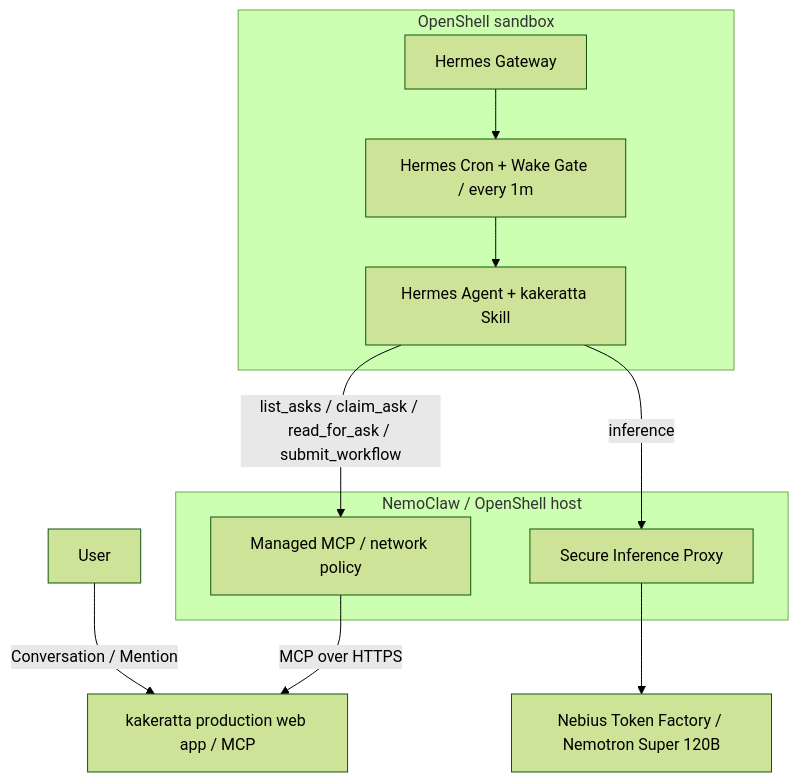
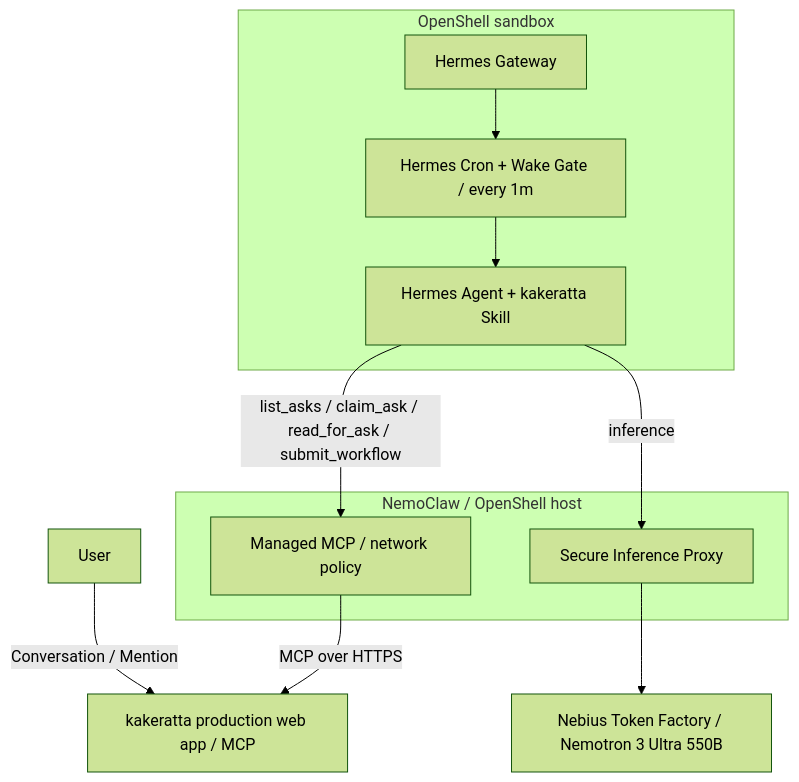
One commit to takeshy/kakeratta changed the diagram in docs/nemoclaw-hermes-integration.md. Above: the diagram before and after it, drawn with Mermaid (forest theme). The commit also changed other lines of this file and 4 other files, not shown here.

````diff
--- a/docs/nemoclaw-hermes-integration.md
+++ b/docs/nemoclaw-hermes-integration.md
@@ -14,16 +14,16 @@
 ```mermaid
 flowchart TD
     U["User"] -->|"Conversation / Mention"| K["kakeratta production web app / MCP"]
     subgraph H["NemoClaw / OpenShell host"]
       M["Managed MCP / network policy"]
       P["Secure Inference Proxy"]
     end
     subgraph S["OpenShell sandbox"]
       G["Hermes Gateway"]
       C["Hermes Cron + Wake Gate / every 1m"]
       A["Hermes Agent + kakeratta Skill"]
       G --> C --> A
     end
     A -->|"list_asks / claim_ask / read_for_ask / submit_workflow"| M -->|"MCP over HTTPS"| K
-    A -->|"inference"| P --> N["Nebius Token Factory / Nemotron Super 120B"]
+    A -->|"inference"| P --> N["Nebius Token Factory / Nemotron 3 Ultra 550B"]
 ```
````
